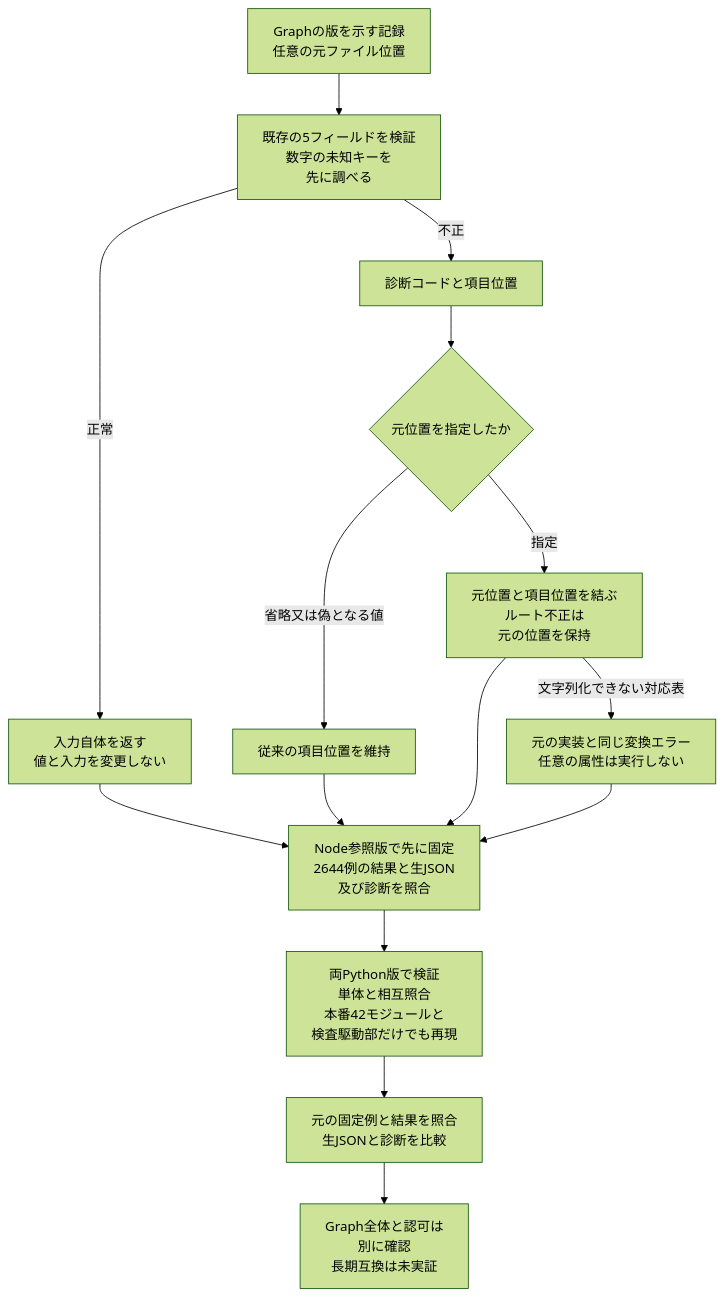
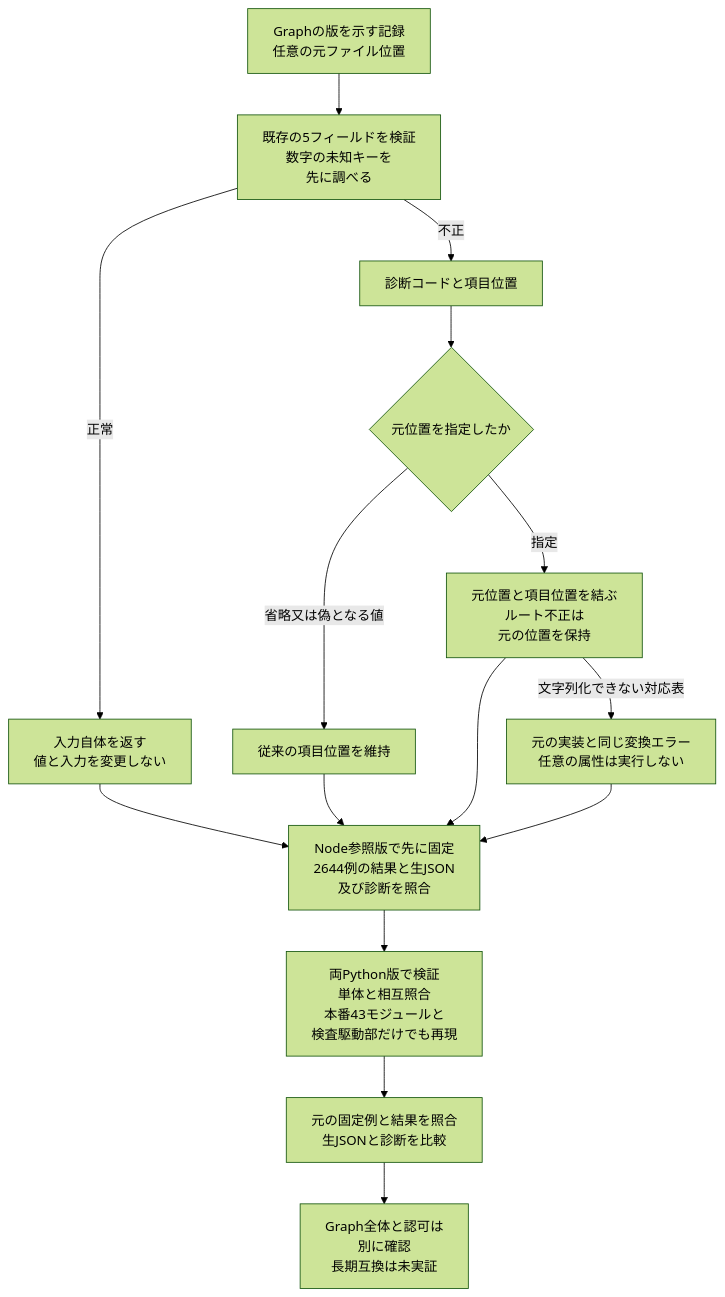
Before and after one commit to koukemo/morivyx: the diagram in docs/diagrams/python-graph-revision.mmd, drawn with Mermaid (forest theme). The commit also changed 31 other files, not shown here.

```diff
--- a/docs/diagrams/python-graph-revision.mmd
+++ b/docs/diagrams/python-graph-revision.mmd
@@ -1,15 +1,15 @@
 flowchart TD
   A[Graphの版を示す記録<br/>任意の元ファイル位置] --> B[既存の5フィールドを検証<br/>数字の未知キーを<br/>先に調べる]
   B -->|正常| C[入力自体を返す<br/>値と入力を変更しない]
   B -->|不正| D[診断コードと項目位置]
   D --> E{元位置を指定したか}
   E -->|省略又は偽となる値| F[従来の項目位置を維持]
   E -->|指定| G[元位置と項目位置を結ぶ<br/>ルート不正は<br/>元の位置を保持]
   G -->|文字列化できない対応表| H[元の実装と同じ変換エラー<br/>任意の属性は実行しない]
   C --> I[Node参照版で先に固定<br/>2644例の結果と生JSON<br/>及び診断を照合]
   F --> I
   G --> I
   H --> I
-  I --> J[両Python版で検証<br/>単体と相互照合<br/>本番42モジュールと<br/>検査駆動部だけでも再現]
+  I --> J[両Python版で検証<br/>単体と相互照合<br/>本番43モジュールと<br/>検査駆動部だけでも再現]
   J --> K[元の固定例と結果を照合<br/>生JSONと診断を比較]
   K --> L[Graph全体と認可は<br/>別に確認<br/>長期互換は未実証]
```
